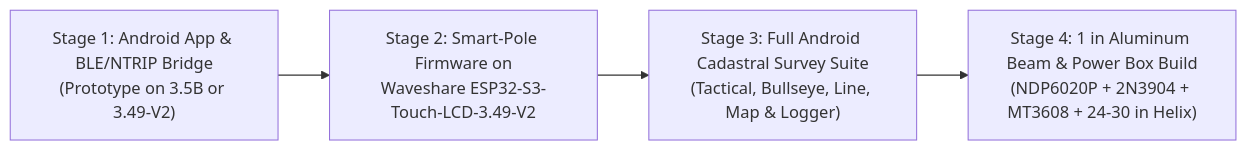
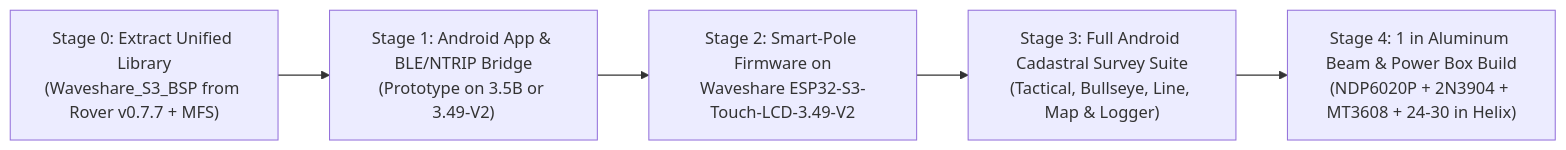
One commit to rguilmet/RTK-Rover changed the fourth of 4 diagrams in docs/plan_smart_pole_and_android_app.md. Above: the diagram before and after it, drawn with Mermaid. The commit also changed other lines of this file and 1 other file, not shown here.

Commit message:
docs: Add unified Waveshare_S3_BSP standard library strategy to Smart Pole plan (v2.2.0)

````diff
--- a/docs/plan_smart_pole_and_android_app.md
+++ b/docs/plan_smart_pole_and_android_app.md
@@ -366,6 +398,7 @@
 ```mermaid
 flowchart LR
-    Stage1["Stage 1: Android App & BLE/NTRIP Bridge\n(Prototype on 3.5B or 3.49-V2)"] --> Stage2["Stage 2: Smart-Pole Firmware on\nWaveshare ESP32-S3-Touch-LCD-3.49-V2"]
+    Stage0["Stage 0: Extract Unified Library\n(Waveshare_S3_BSP from Rover v0.7.7 + MFS)"] --> Stage1["Stage 1: Android App & BLE/NTRIP Bridge\n(Prototype on 3.5B or 3.49-V2)"]
+    Stage1 --> Stage2["Stage 2: Smart-Pole Firmware on\nWaveshare ESP32-S3-Touch-LCD-3.49-V2"]
     Stage2 --> Stage3["Stage 3: Full Android Cadastral Survey Suite\n(Tactical, Bullseye, Line, Map & Logger)"]
     Stage3 --> Stage4["Stage 4: 1 in Aluminum Beam & Power Box Build\n(NDP6020P + 2N3904 + MT3608 + 24-30 in Helix)"]
 ```
````
